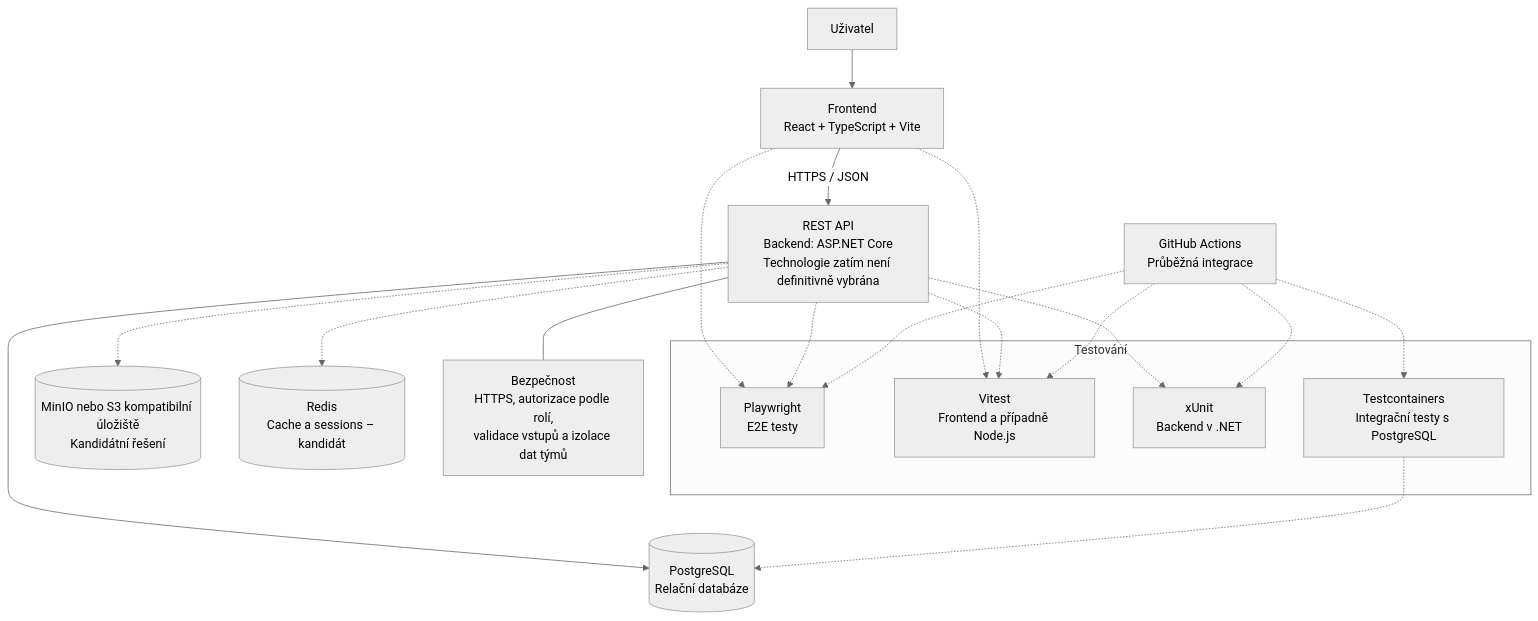
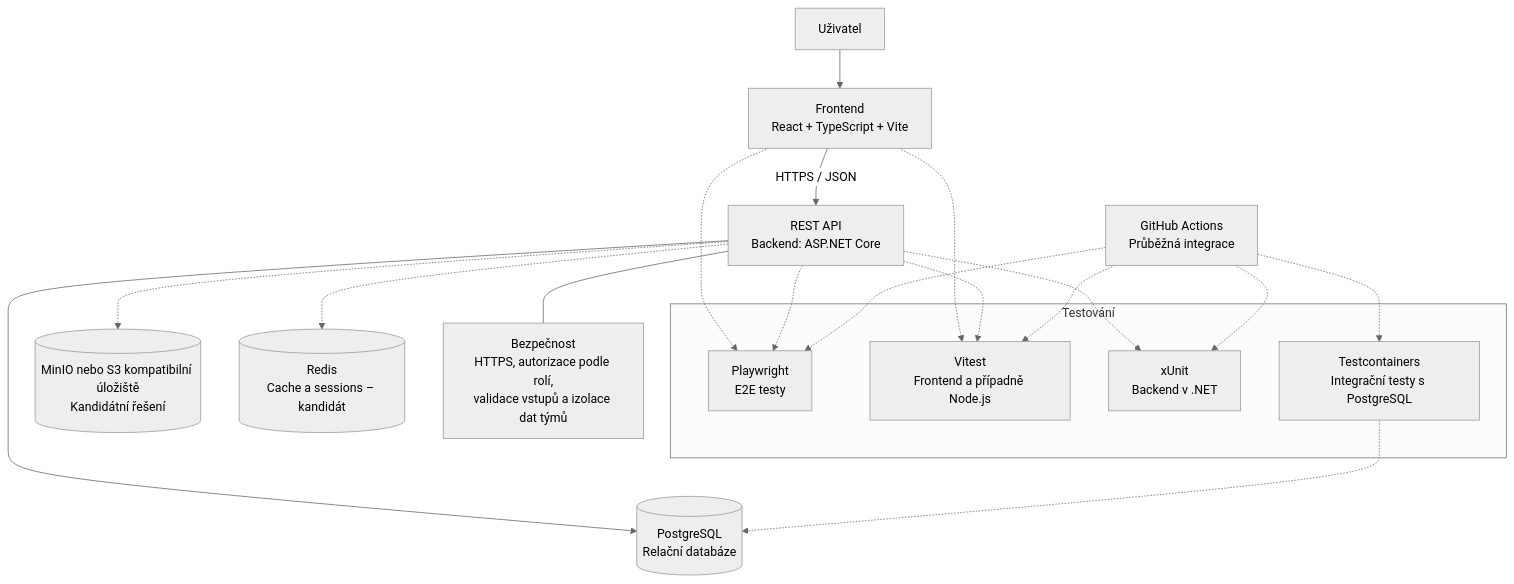
One commit to KulisciOsu/StudentFlow changed the diagram in documents/ELABORATION/TECHNOLOGICAL_DESIGN.md. Above: the diagram before and after it, drawn with Mermaid (neutral theme).

Commit message:
Clarify backend API technology selection
Removed the note about the technology selection for the backend API.

````diff
--- a/documents/ELABORATION/TECHNOLOGICAL_DESIGN.md
+++ b/documents/ELABORATION/TECHNOLOGICAL_DESIGN.md
@@ -33,43 +33,43 @@
 ```mermaid
 flowchart TD
     U["Uživatel"]
 
     FE["Frontend<br/>React + TypeScript + Vite"]
 
-    API["REST API<br/>Backend: ASP.NET Core<br/>Technologie zatím není definitivně vybrána"]
+    API["REST API<br/>Backend: ASP.NET Core<br/>"]
 
     DB[("PostgreSQL<br/>Relační databáze")]
 
     FS[("MinIO nebo S3 kompatibilní úložiště<br/>Kandidátní řešení")]
 
     REDIS[("Redis<br/>Cache a sessions – kandidát")]
 
     U --> FE
     FE -->|"HTTPS / JSON"| API
     API --> DB
     API -.-> FS
     API -.-> REDIS
 
     subgraph TESTS["Testování"]
         PW["Playwright<br/>E2E testy"]
         VITEST["Vitest<br/>Frontend a případně Node.js"]
         XUNIT["xUnit<br/>Backend v .NET"]
         TC["Testcontainers<br/>Integrační testy s PostgreSQL"]
     end
 
     FE -.-> PW
     API -.-> PW
     FE -.-> VITEST
     API -.-> VITEST
     API -.-> XUNIT
     TC -.-> DB
 
     CI["GitHub Actions<br/>Průběžná integrace"]
     CI -.-> PW
     CI -.-> VITEST
     CI -.-> XUNIT
     CI -.-> TC
 
     SEC["Bezpečnost<br/>HTTPS, autorizace podle rolí,<br/>validace vstupů a izolace dat týmů"]
     API --- SEC
 ```
````
